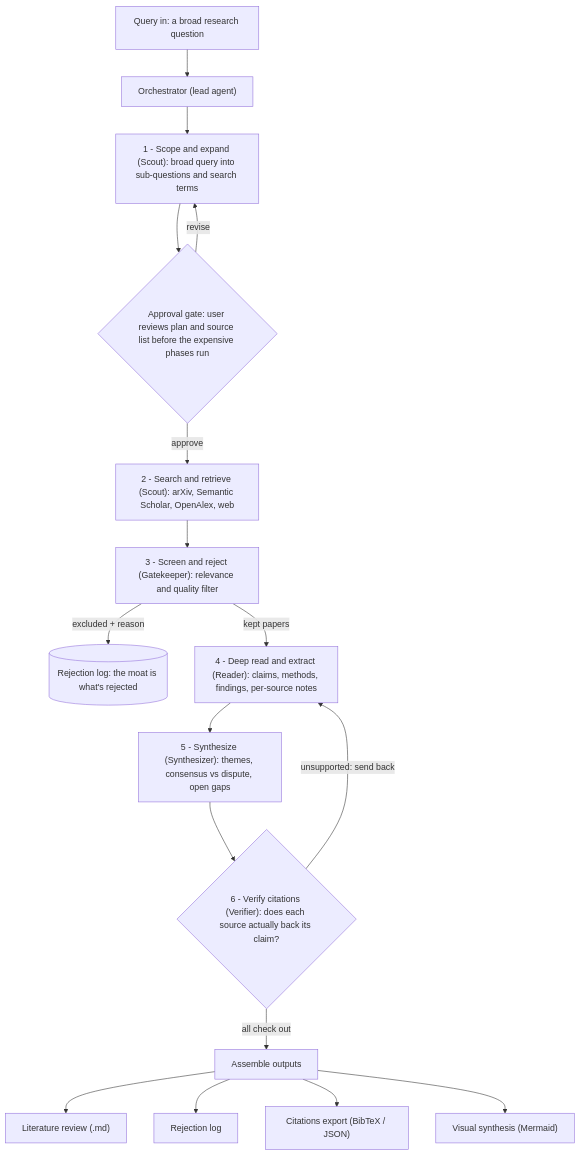
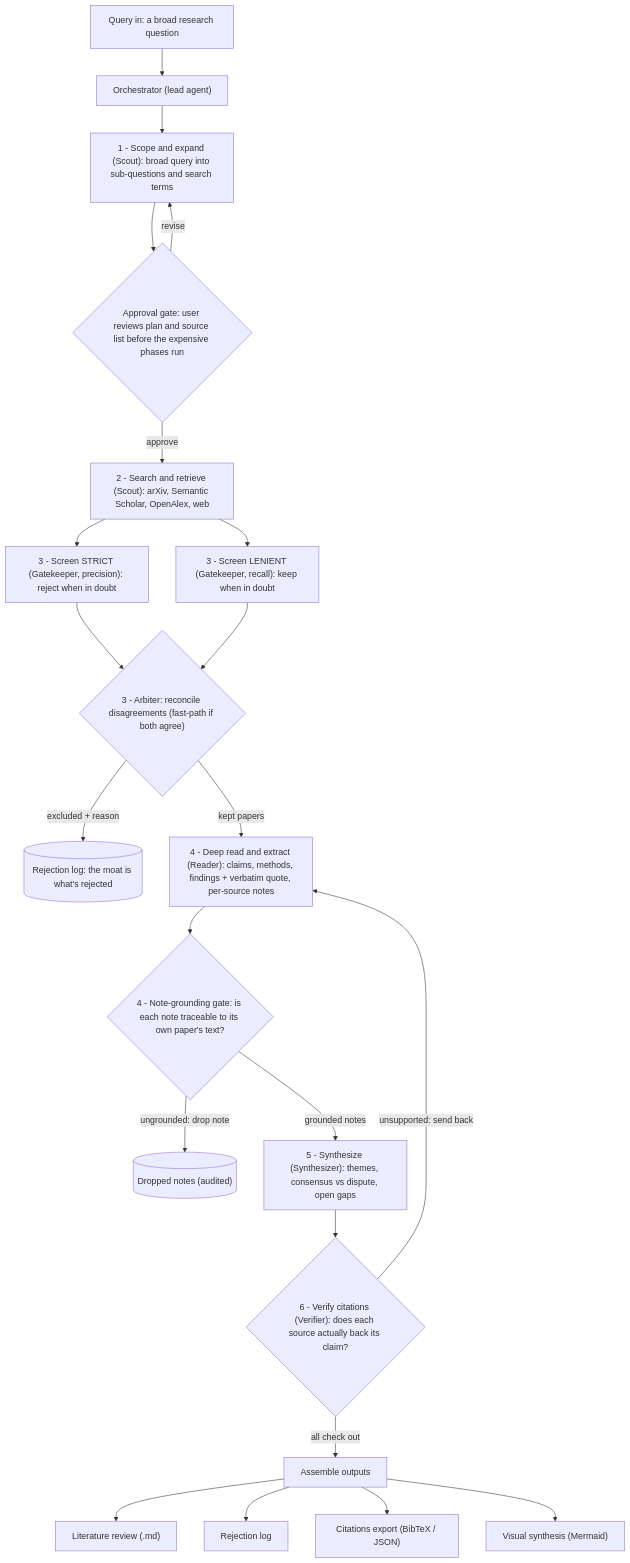
The diagram in README.md (BastiSeid/NLP_Academic-Literature-Synthesizer-platform), drawn with Mermaid before and after one commit. The commit also changed other lines of this file, not shown here.

First line of the commit message:
docs: refresh README for dual-screen + arbiter + note gate

````diff
--- a/README.md
+++ b/README.md
@@ -25,19 +30,24 @@
 ```mermaid
 flowchart TD
     Q["Query in: a broad research question"] --> ORCH["Orchestrator (lead agent)"]
     ORCH --> SCOPE["1 - Scope and expand (Scout): broad query into sub-questions and search terms"]
     SCOPE --> GATE{"Approval gate: user reviews plan and source list before the expensive phases run"}
     GATE -- revise --> SCOPE
     GATE -- approve --> SEARCH["2 - Search and retrieve (Scout): arXiv, Semantic Scholar, OpenAlex, web"]
-    SEARCH --> SCREEN["3 - Screen and reject (Gatekeeper): relevance and quality filter"]
-    SCREEN -- "excluded + reason" --> REJLOG[("Rejection log: the moat is what's rejected")]
-    SCREEN -- "kept papers" --> EXTRACT["4 - Deep read and extract (Reader): claims, methods, findings, per-source notes"]
-    EXTRACT --> SYNTH["5 - Synthesize (Synthesizer): themes, consensus vs dispute, open gaps"]
+    SEARCH --> SCR_S["3 - Screen STRICT (Gatekeeper, precision): reject when in doubt"]
+    SEARCH --> SCR_L["3 - Screen LENIENT (Gatekeeper, recall): keep when in doubt"]
+    SCR_S --> ARB{"3 - Arbiter: reconcile disagreements (fast-path if both agree)"}
+    SCR_L --> ARB
+    ARB -- "excluded + reason" --> REJLOG[("Rejection log: the moat is what's rejected")]
+    ARB -- "kept papers" --> EXTRACT["4 - Deep read and extract (Reader): claims, methods, findings + verbatim quote, per-source notes"]
+    EXTRACT --> NGATE{"4 - Note-grounding gate: is each note traceable to its own paper's text?"}
+    NGATE -- "ungrounded: drop note" --> DROP[("Dropped notes (audited)")]
+    NGATE -- "grounded notes" --> SYNTH["5 - Synthesize (Synthesizer): themes, consensus vs dispute, open gaps"]
     SYNTH --> VERIFY{"6 - Verify citations (Verifier): does each source actually back its claim?"}
     VERIFY -- "unsupported: send back" --> EXTRACT
     VERIFY -- "all check out" --> OUT["Assemble outputs"]
     OUT --> O1["Literature review (.md)"]
     OUT --> O2["Rejection log"]
     OUT --> O3["Citations export (BibTeX / JSON)"]
     OUT --> O4["Visual synthesis (Mermaid)"]
 ```
````
